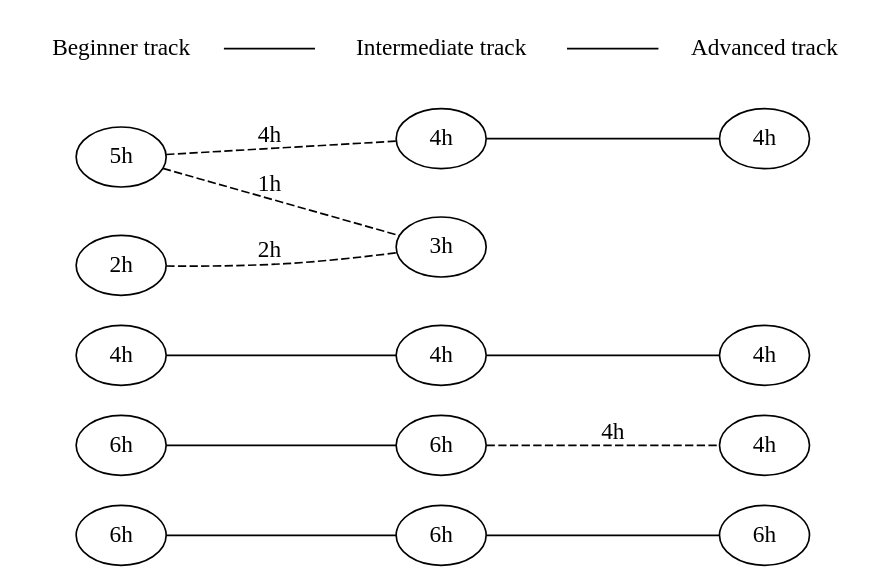
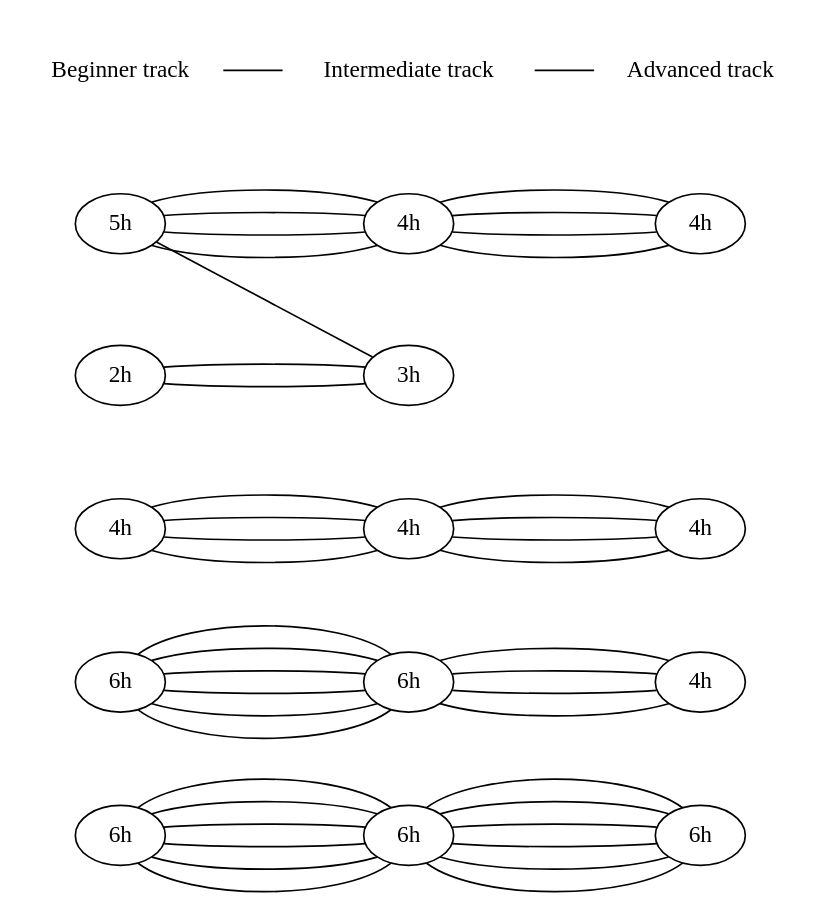
The diagram in alt-schedule.gv (leonschoorl/monadic-party), drawn with Graphviz before and after one commit. The commit also changed 1 other file, not shown here.

```diff
--- a/alt-schedule.gv
+++ b/alt-schedule.gv
@@ -1,52 +1,85 @@
 graph scheduleClashes {
 
 rankdir="LR";
+ratio=1.1
 
 b6a -- i6a -- a6;
+b6a -- i6a -- a6;
+b6a -- i6a -- a6;
+b6a -- i6a -- a6;
+b6a -- i6a -- a6;
+b6a -- i6a -- a6;
+
 b6b -- i6b;
-       i6b -- a4a[style=dashed,label="4h"];
+b6b -- i6b;
+b6b -- i6b;
+b6b -- i6b;
+b6b -- i6b;
+b6b -- i6b;
+
+       i6b -- a4a;
+       i6b -- a4a;
+       i6b -- a4a;
+       i6b -- a4a;
+
+
 b4  -- i4a -- a4b;
-b5  -- i4b[style=dashed,label="4h"];
+b4  -- i4a -- a4b;
+b4  -- i4a -- a4b;
+b4  -- i4a -- a4b;
+
+b5  -- i4b;
+b5  -- i4b;
+b5  -- i4b;
+b5  -- i4b;
+
        i4b -- a4c;
-b2  -- i3[style=dashed,label="2h"];
-b5  -- i3[style=dashed,label="1h"];
+       i4b -- a4c;
+       i4b -- a4c;
+       i4b -- a4c;
+
+b2  -- i3;
+b2  -- i3;
+
+b5  -- i3;
+
 
 node[shape=none];
 beginner -- intermediate -- advanced; //[label="scheduled concurrently with"];
 beginner[label="Beginner track"];
 intermediate[label="Intermediate track"];
 advanced[label="Advanced track"];
 
 // beginner track
 subgraph {
 	rank=same;
 	beginner;
 	b6a[label="6h"];
 	b6b[label="6h"];
 	b5[label="5h"];
 	b4[label="4h"];
 	b2[label="2h"];
 }
 
 // intermediate track
 subgraph {
 	rank=same;
 	intermediate;
 	i6a[label="6h"];
 	i6b[label="6h"];
 	i4a[label="4h"];
 	i4b[label="4h"];
 	i3[label="3h"];
 }
 
 // advanced track
 subgraph {
 	rank=same;
 	advanced;
 	a6[label="6h"];
 	a4a[label="4h"];
 	a4b[label="4h"];
   a4c[label="4h"];
 }
 
 }
```
